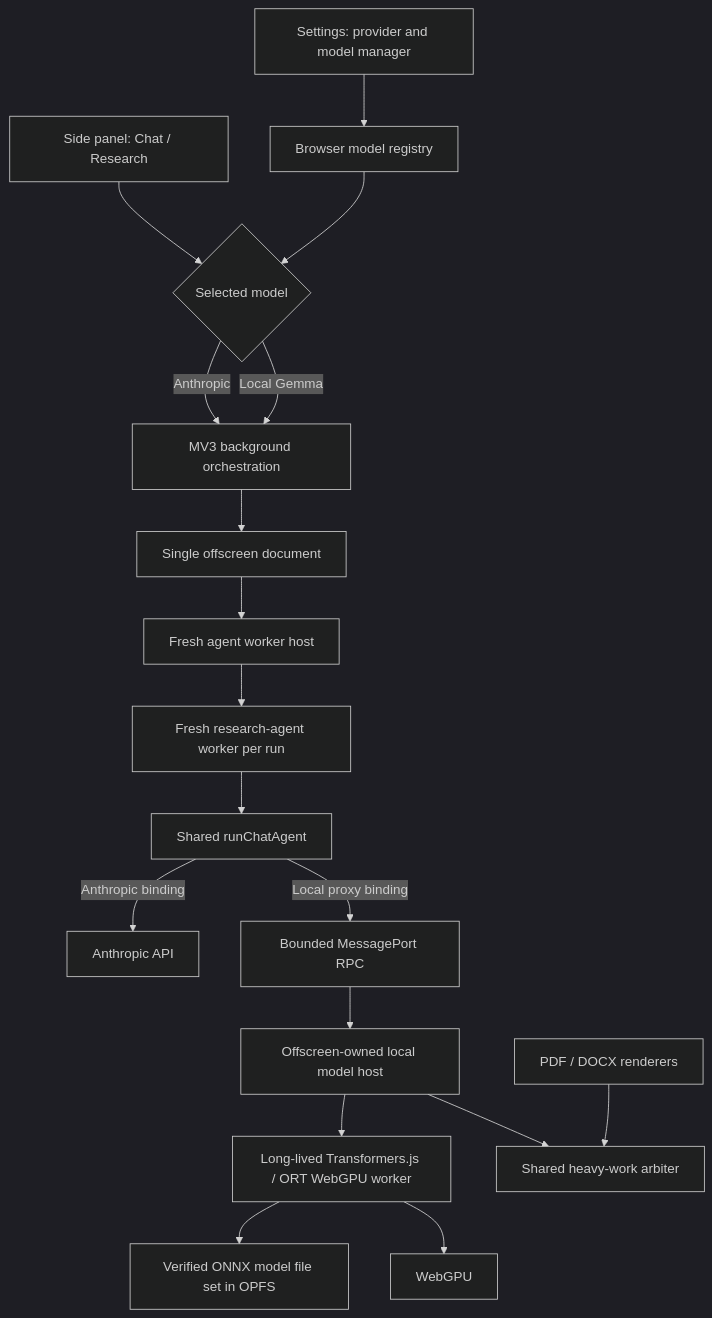
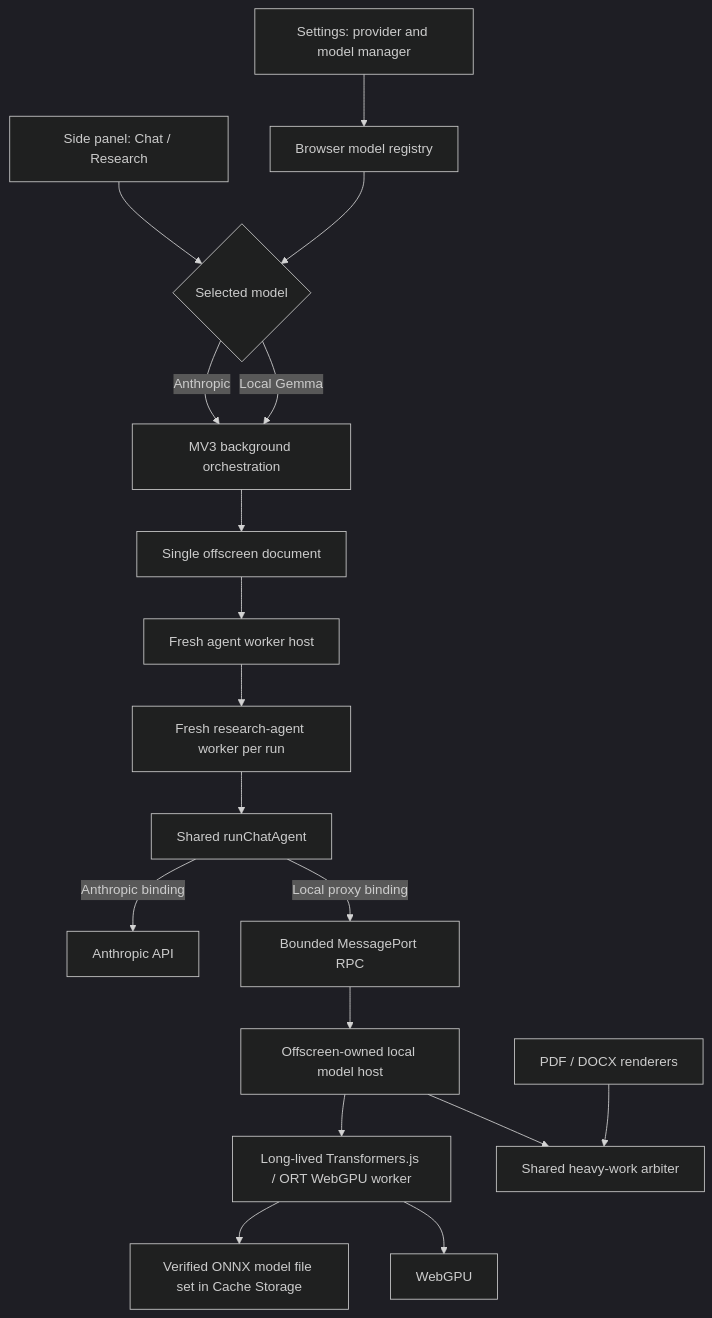
One commit to BjoernSchotte/atlcli changed the diagram in specs/browser-local-gemma/PLAN.md. Above: the diagram before and after it, drawn with Mermaid (dark theme). The commit also changed other lines of this file, not shown here.

````diff
--- a/specs/browser-local-gemma/PLAN.md
+++ b/specs/browser-local-gemma/PLAN.md
@@ -259,24 +307,24 @@
 ```mermaid
 flowchart TD
     UI["Side panel: Chat / Research"] --> Choice{"Selected model"}
     Settings["Settings: provider and model manager"] --> Registry["Browser model registry"]
     Registry --> Choice
 
     Choice -->|"Anthropic"| Background["MV3 background orchestration"]
     Choice -->|"Local Gemma"| Background
     Background --> Offscreen["Single offscreen document"]
 
     Offscreen --> AgentHost["Fresh agent worker host"]
     AgentHost --> AgentWorker["Fresh research-agent worker per run"]
     AgentWorker --> ChatRuntime["Shared runChatAgent"]
 
     ChatRuntime -->|"Anthropic binding"| Anthropic["Anthropic API"]
     ChatRuntime -->|"Local proxy binding"| RPC["Bounded MessagePort RPC"]
     RPC --> LocalHost["Offscreen-owned local model host"]
     LocalHost --> ModelWorker["Long-lived Transformers.js / ORT WebGPU worker"]
-    ModelWorker --> OPFS["Verified ONNX model file set in OPFS"]
+    ModelWorker --> CacheStorage["Verified ONNX model file set in Cache Storage"]
     ModelWorker --> GPU["WebGPU"]
 
     LocalHost --> Arbiter["Shared heavy-work arbiter"]
     Export["PDF / DOCX renderers"] --> Arbiter
 ```
````
